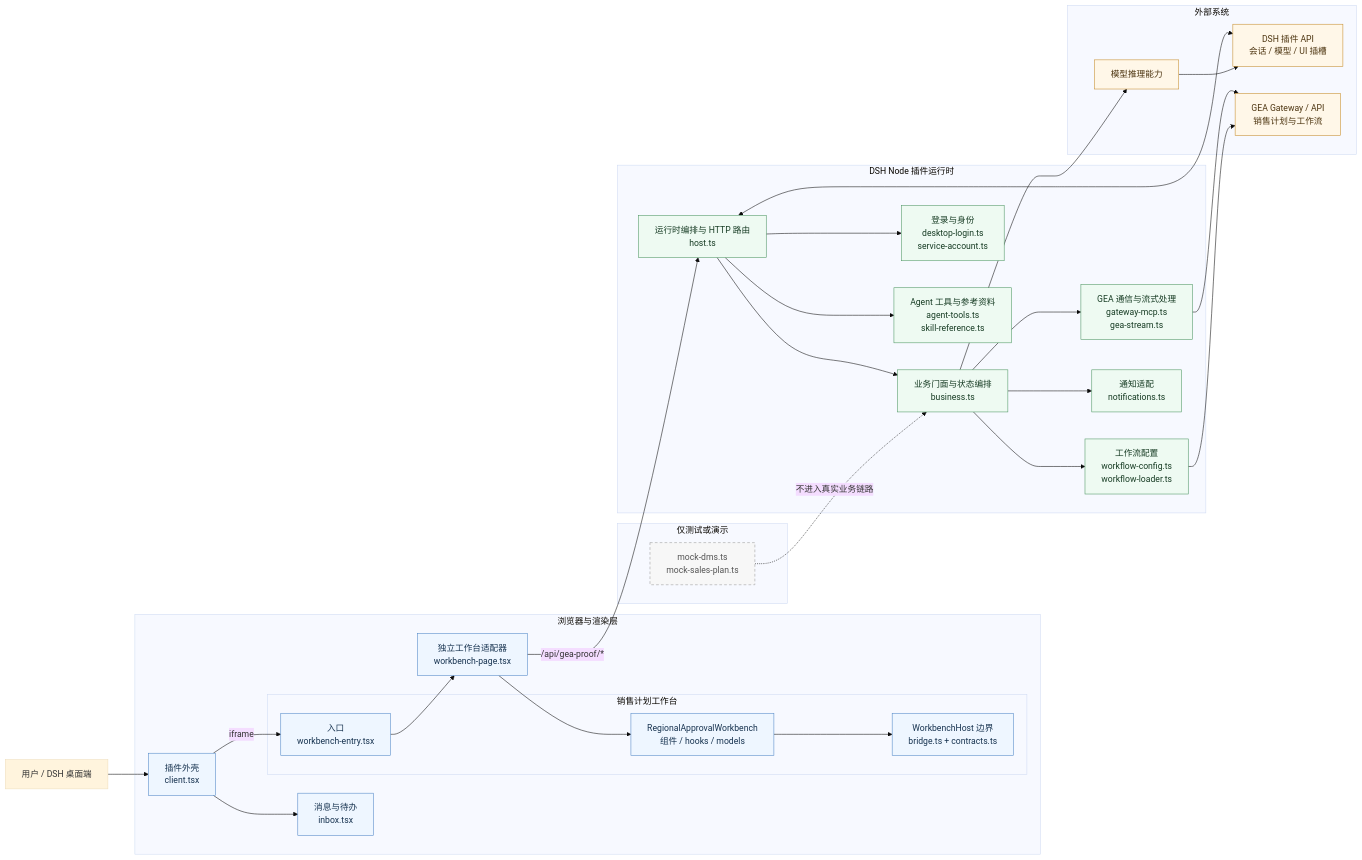
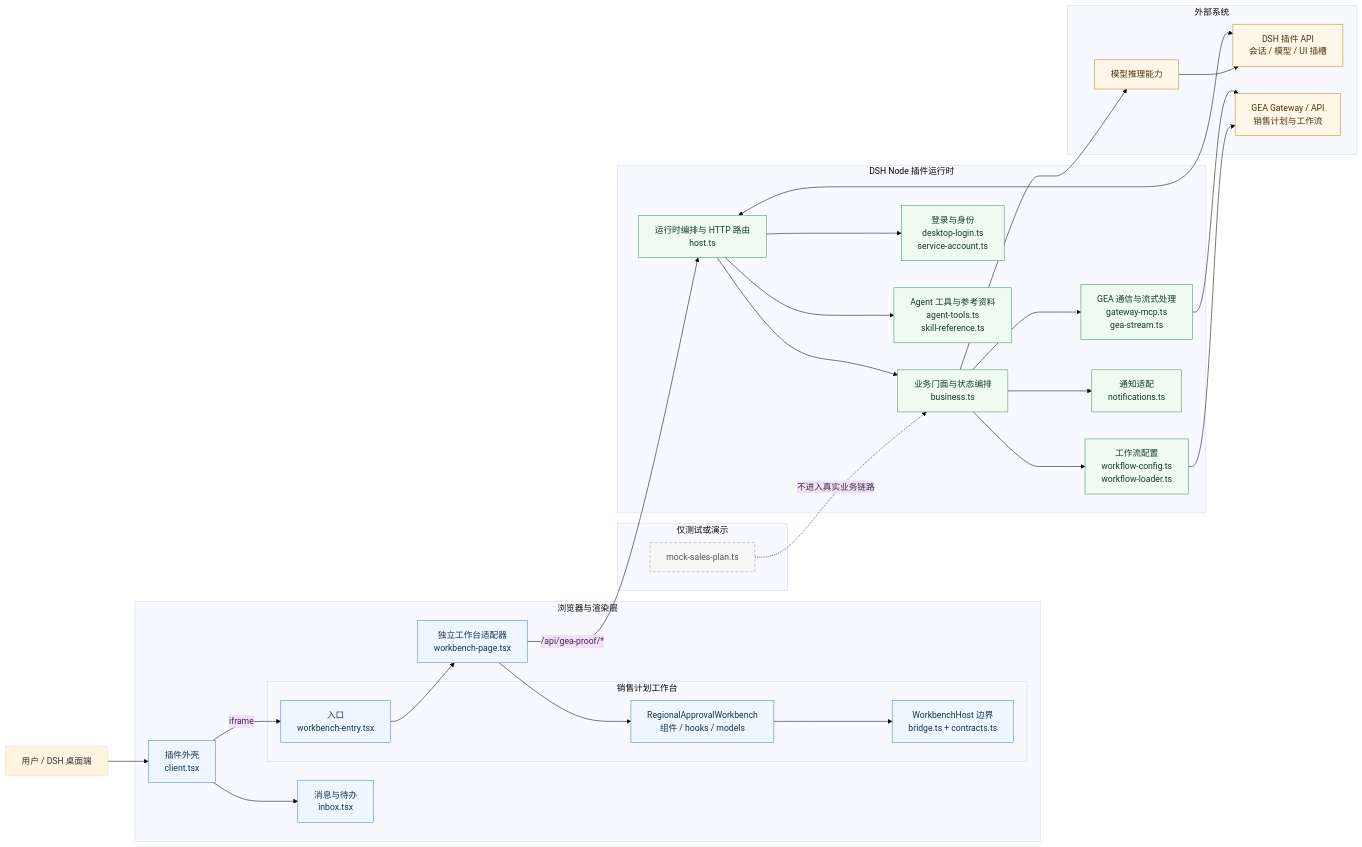
The diagram in archify.md (CleverC2200/dsh-gea-plugin), drawn with Mermaid (base theme) before and after one commit. The commit also changed other lines of this file and 14 other files, not shown here.

````diff
--- a/archify.md
+++ b/archify.md
@@ -22,65 +22,65 @@
 ```mermaid
 flowchart LR
     User[用户 / DSH 桌面端]
 
     subgraph Browser[浏览器与渲染层]
         Client["插件外壳\nclient.tsx"]
         Inbox["消息与待办\ninbox.tsx"]
         Page["独立工作台适配器\nworkbench-page.tsx"]
 
         subgraph Workbench[销售计划工作台]
             Entry["入口\nworkbench-entry.tsx"]
             UI["RegionalApprovalWorkbench\n组件 / hooks / models"]
             Bridge["WorkbenchHost 边界\nbridge.ts + contracts.ts"]
         end
     end
 
     subgraph Runtime[DSH Node 插件运行时]
         Host["运行时编排与 HTTP 路由\nhost.ts"]
         Business["业务门面与状态编排\nbusiness.ts"]
         Auth["登录与身份\ndesktop-login.ts\nservice-account.ts"]
         Transport["GEA 通信与流式处理\ngateway-mcp.ts\ngea-stream.ts"]
         Workflow["工作流配置\nworkflow-config.ts\nworkflow-loader.ts"]
         Tools["Agent 工具与参考资料\nagent-tools.ts\nskill-reference.ts"]
         Notify["通知适配\nnotifications.ts"]
     end
 
     subgraph External[外部系统]
         DSH["DSH 插件 API\n会话 / 模型 / UI 插槽"]
         GEA["GEA Gateway / API\n销售计划与工作流"]
         Model["模型推理能力"]
     end
 
     subgraph TestOnly[仅测试或演示]
-        Mock["mock-dms.ts\nmock-sales-plan.ts"]
+        Mock["mock-sales-plan.ts"]
     end
 
     User --> Client
     Client --> Inbox
     Client -->|iframe| Entry
     Entry --> Page
     Page --> UI
     UI --> Bridge
     Page -->|/api/gea-proof/*| Host
     Host --> Business
     Host --> Auth
     Host --> Tools
     Host <--> DSH
     Business --> Transport
     Business --> Workflow
     Business --> Notify
     Transport --> GEA
     Workflow --> GEA
     Business --> Model
     Model --> DSH
     Mock -.不进入真实业务链路.-> Business
 
     classDef ui fill:#eef6ff,stroke:#4f86c6,color:#16324f;
     classDef runtime fill:#eefaf2,stroke:#4b9560,color:#173c24;
     classDef external fill:#fff7e8,stroke:#c58b2a,color:#4d3510;
     classDef test fill:#f7f7f7,stroke:#999,color:#555,stroke-dasharray:5 4;
     class Client,Inbox,Page,Entry,UI,Bridge ui;
     class Host,Business,Auth,Transport,Workflow,Tools,Notify runtime;
     class DSH,GEA,Model external;
     class Mock test;
 ```
````
